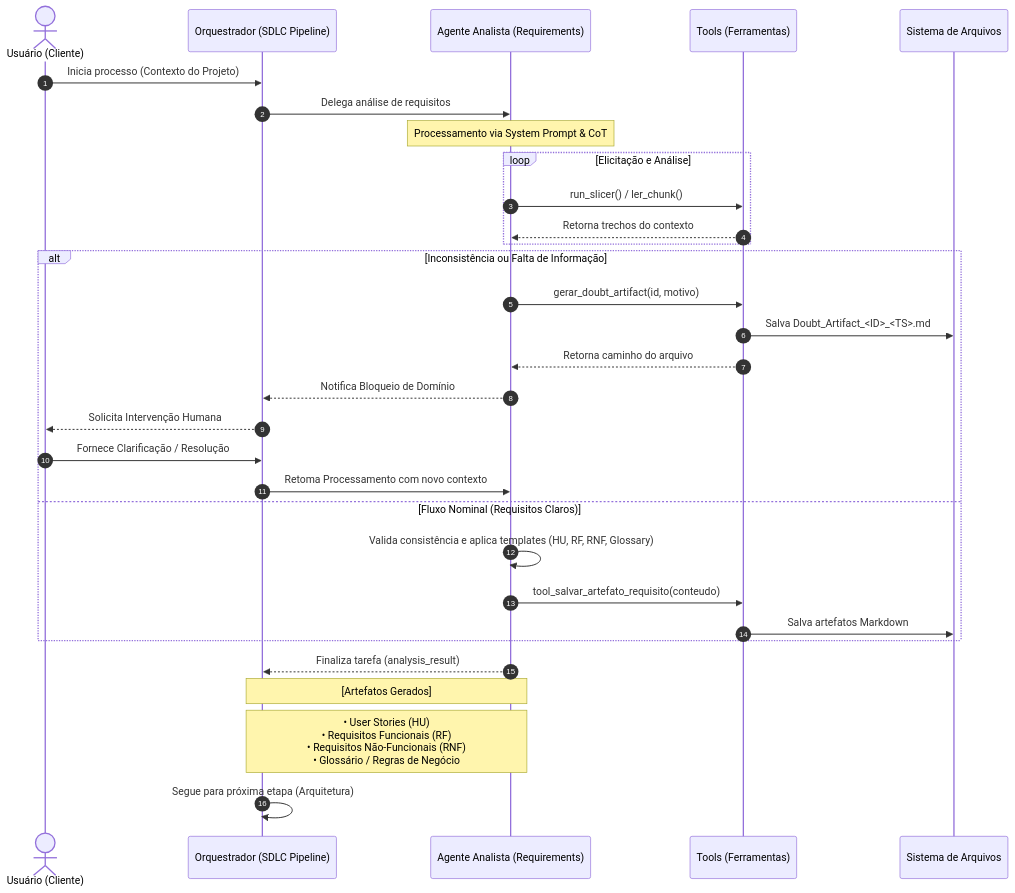
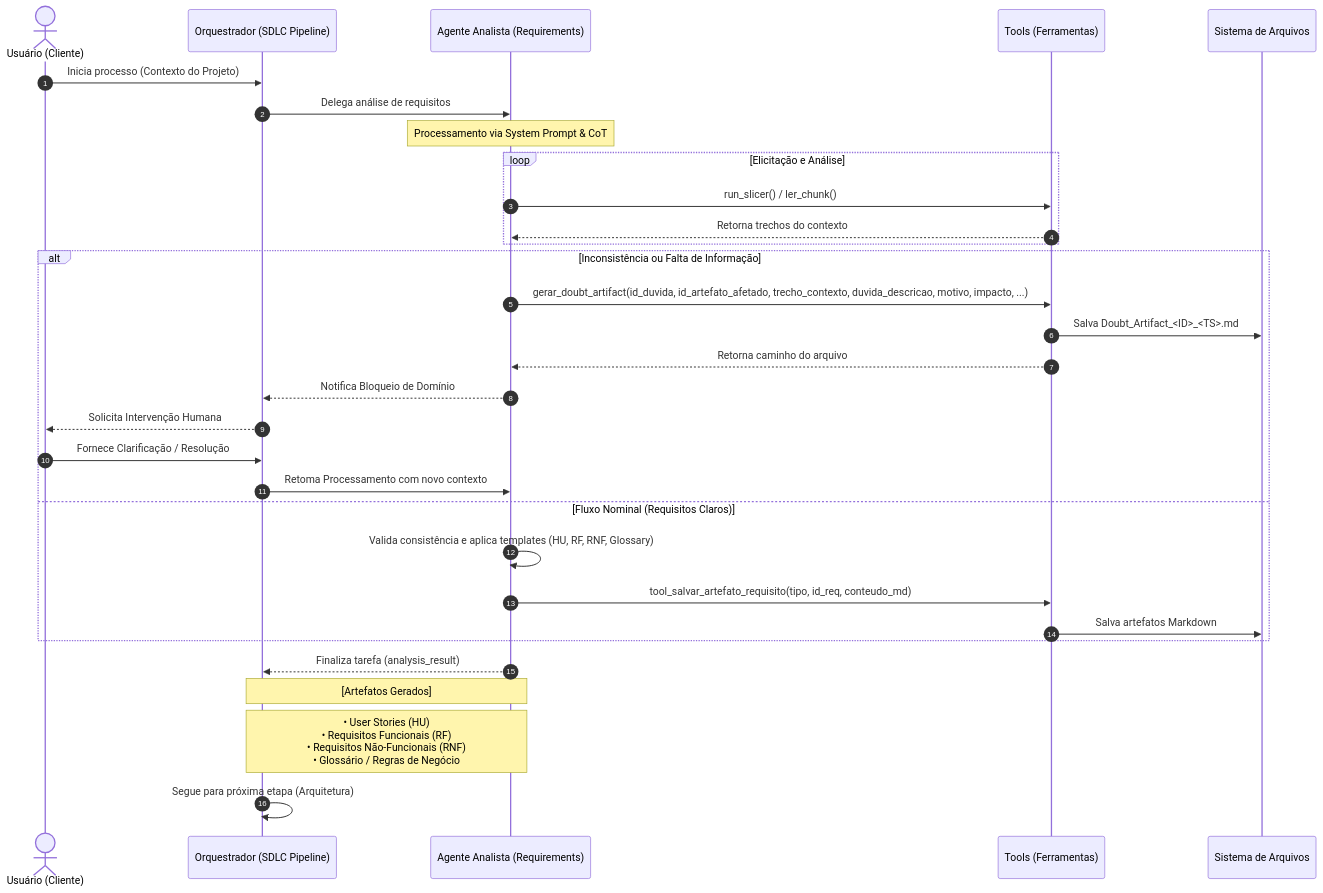
One commit to PDC-ESIA/AI4ES changed the diagram in docs/Time_1_Requisitos/Fluxo_Agentes_v2.md. Above: the diagram before and after it, drawn with Mermaid. The commit also changed other lines of this file and 1 other file, not shown here.

Commit message:
docs(requirements): align tool signatures and normalize RF table format
Agent-Logs-Url: https://github.com/PDC-ESIA/AI4ES/sessions/7e6de517-d37d-4a7c-b694-08e21c4e8db6

````diff
--- a/docs/Time_1_Requisitos/Fluxo_Agentes_v2.md
+++ b/docs/Time_1_Requisitos/Fluxo_Agentes_v2.md
@@ -5,40 +5,40 @@
 ```mermaid
 sequenceDiagram
     autonumber
     actor U as Usuário (Cliente)
     participant O as Orquestrador (SDLC Pipeline)
     participant A as Agente Analista (Requirements)
     participant T as Tools (Ferramentas)
     participant FS as Sistema de Arquivos
 
     U->>O: Inicia processo (Contexto do Projeto)
     O->>A: Delega análise de requisitos
     
     Note over A: Processamento via System Prompt & CoT
     
     loop Elicitação e Análise
         A->>T: run_slicer() / ler_chunk()
         T-->>A: Retorna trechos do contexto
     end
 
     alt Inconsistência ou Falta de Informação
-        A->>T: gerar_doubt_artifact(id, motivo)
+        A->>T: gerar_doubt_artifact(id_duvida, id_artefato_afetado, trecho_contexto, duvida_descricao, motivo, impacto, ...)
         T->>FS: Salva Doubt_Artifact_<ID>_<TS>.md
         T-->>A: Retorna caminho do arquivo
         A-->>O: Notifica Bloqueio de Domínio
         O-->>U: Solicita Intervenção Humana
         U->>O: Fornece Clarificação / Resolução
         O->>A: Retoma Processamento com novo contexto
     else Fluxo Nominal (Requisitos Claros)
         A->>A: Valida consistência e aplica templates (HU, RF, RNF, Glossary)
-        A->>T: tool_salvar_artefato_requisito(conteudo)
+        A->>T: tool_salvar_artefato_requisito(tipo, id_req, conteudo_md)
         T->>FS: Salva artefatos Markdown
     end
 
     A-->>O: Finaliza tarefa (analysis_result)
     
     Note over O, A: [Artefatos Gerados]
     Note over O, A: • User Stories (HU) <br/> • Requisitos Funcionais (RF) <br/> • Requisitos Não-Funcionais (RNF) <br/> • Glossário / Regras de Negócio
 
     O->>O: Segue para próxima etapa (Arquitetura)
 ```
````
